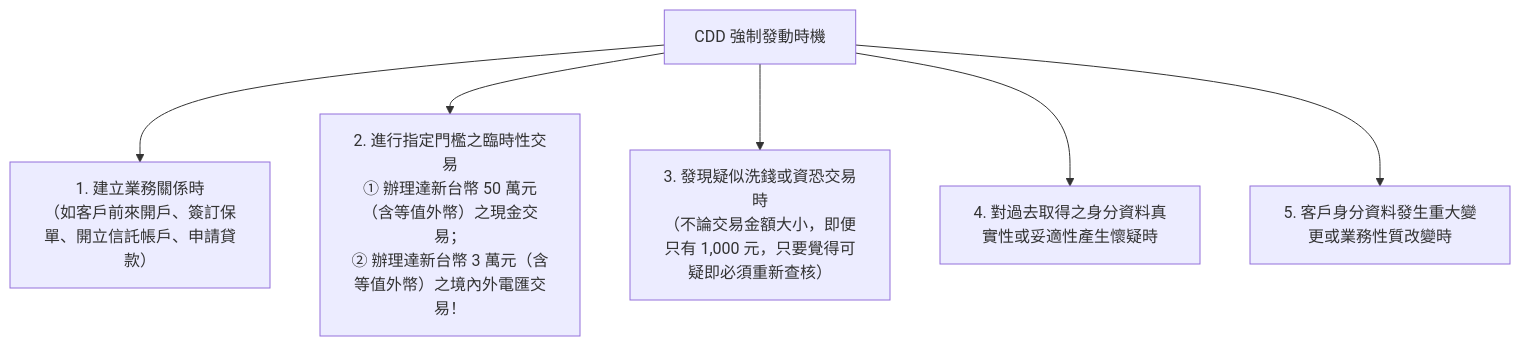
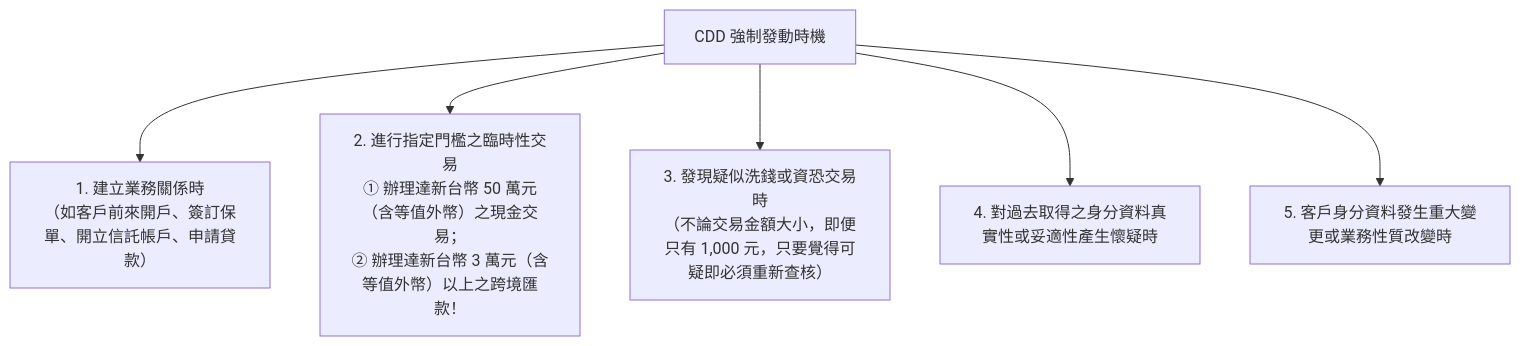
The diagram in 教材/防制洗錢與打擊資恐重點教材/02_客戶審查(CDD)與實質受益人辨識攻略.md (ehackerevan/exam-study-platform), drawn with Mermaid before and after one commit. The commit also changed 16 other files, not shown here.

````diff
--- a/教材/防制洗錢與打擊資恐重點教材/02_客戶審查(CDD)與實質受益人辨識攻略.md
+++ b/教材/防制洗錢與打擊資恐重點教材/02_客戶審查(CDD)與實質受益人辨識攻略.md
@@ -22,9 +22,9 @@
 ```mermaid
 graph TD
     A[" CDD 強制發動時機"]
     A --> B["1. 建立業務關係時<br/>（如客戶前來開戶、簽訂保單、開立信託帳戶、申請貸款）"]
-    A --> C["2. 進行指定門檻之臨時性交易<br/>① 辦理達新台幣 50 萬元（含等值外幣）之現金交易；<br/>② 辦理達新台幣 3 萬元（含等值外幣）之境內外電匯交易！"]
+    A --> C["2. 進行指定門檻之臨時性交易<br/>① 辦理達新台幣 50 萬元（含等值外幣）之現金交易；<br/>② 辦理達新台幣 3 萬元（含等值外幣）以上之跨境匯款！"]
     A --> D["3. 發現疑似洗錢或資恐交易時<br/>（不論交易金額大小，即便只有 1,000 元，只要覺得可疑即必須重新查核）"]
     A --> E["4. 對過去取得之身分資料真實性或妥適性產生懷疑時"]
     A --> F["5. 客戶身分資料發生重大變更或業務性質改變時"]
 ```
````
